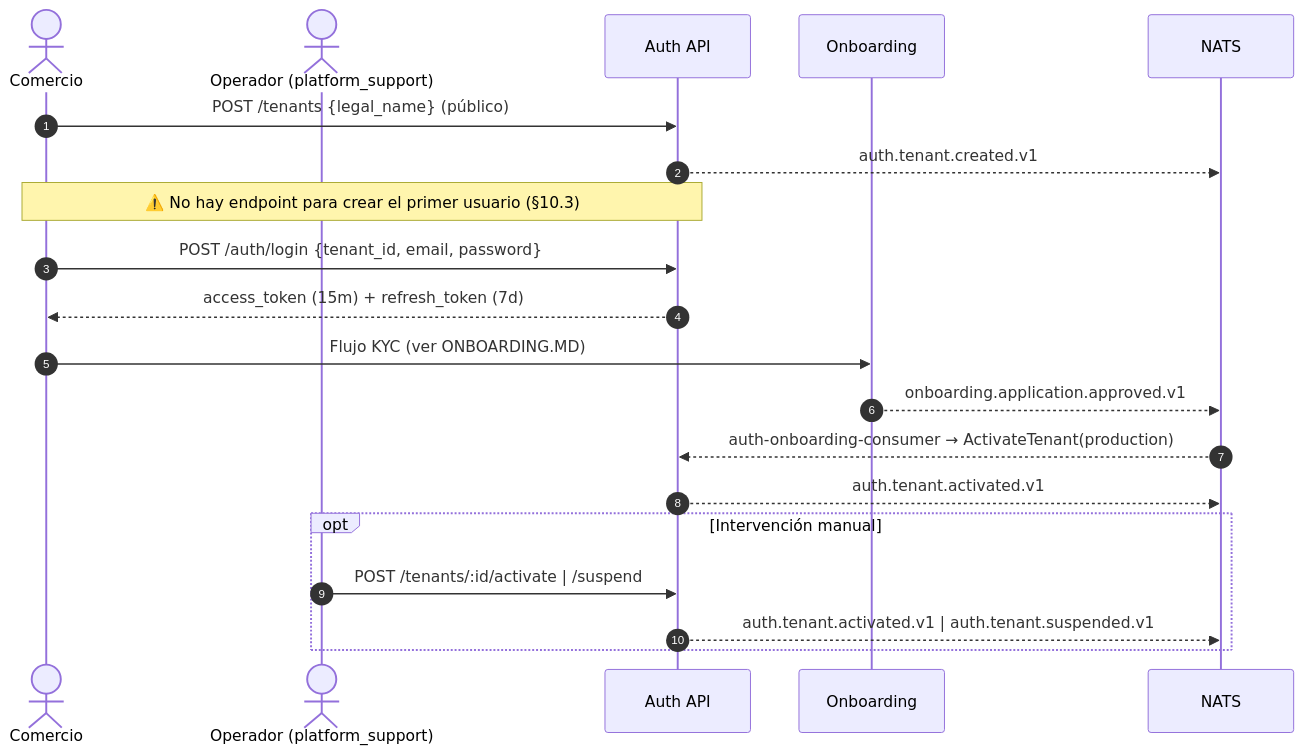
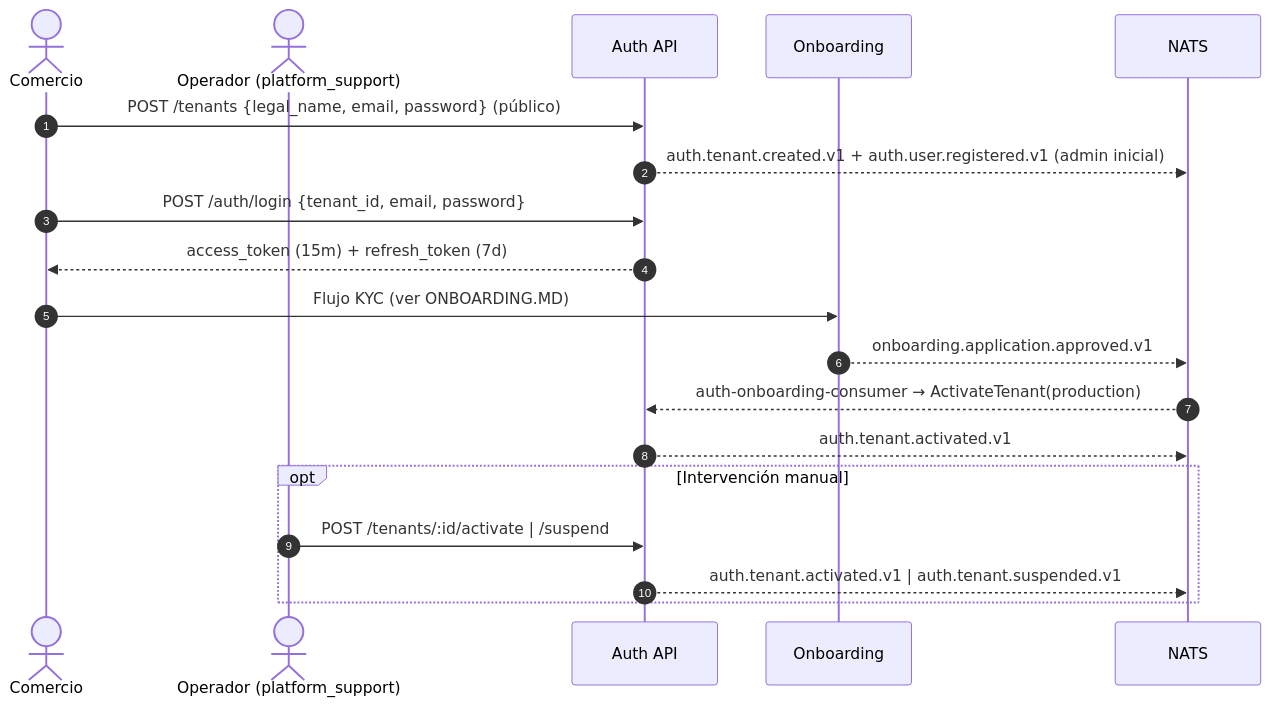
Before and after one commit to juantevez/cobros-platform: the first of 3 diagrams in docs/technical/AUTH.md, drawn with Mermaid. The commit also changed other lines of this file, not shown here.

First line of the commit message:
docs(auth): §10 verificado contra el código y ordenado por severidad

````diff
--- a/docs/technical/AUTH.md
+++ b/docs/technical/AUTH.md
@@ -53,23 +52,22 @@
 ```mermaid
 sequenceDiagram
     autonumber
     actor C as Comercio
     actor P as Operador (platform_support)
     participant A as Auth API
     participant OB as Onboarding
     participant N as NATS
 
-    C->>A: POST /tenants {legal_name}  (público)
-    A-->>N: auth.tenant.created.v1
-    Note over C,A: ⚠️ No hay endpoint para crear el primer usuario (§10.3)
+    C->>A: POST /tenants {legal_name, email, password}  (público)
+    A-->>N: auth.tenant.created.v1 + auth.user.registered.v1 (admin inicial)
     C->>A: POST /auth/login {tenant_id, email, password}
     A-->>C: access_token (15m) + refresh_token (7d)
     C->>OB: Flujo KYC (ver ONBOARDING.MD)
     OB-->>N: onboarding.application.approved.v1
     N-->>A: auth-onboarding-consumer → ActivateTenant(production)
     A-->>N: auth.tenant.activated.v1
     opt Intervención manual
         P->>A: POST /tenants/:id/activate | /suspend
         A-->>N: auth.tenant.activated.v1 | auth.tenant.suspended.v1
     end
 ```
````
